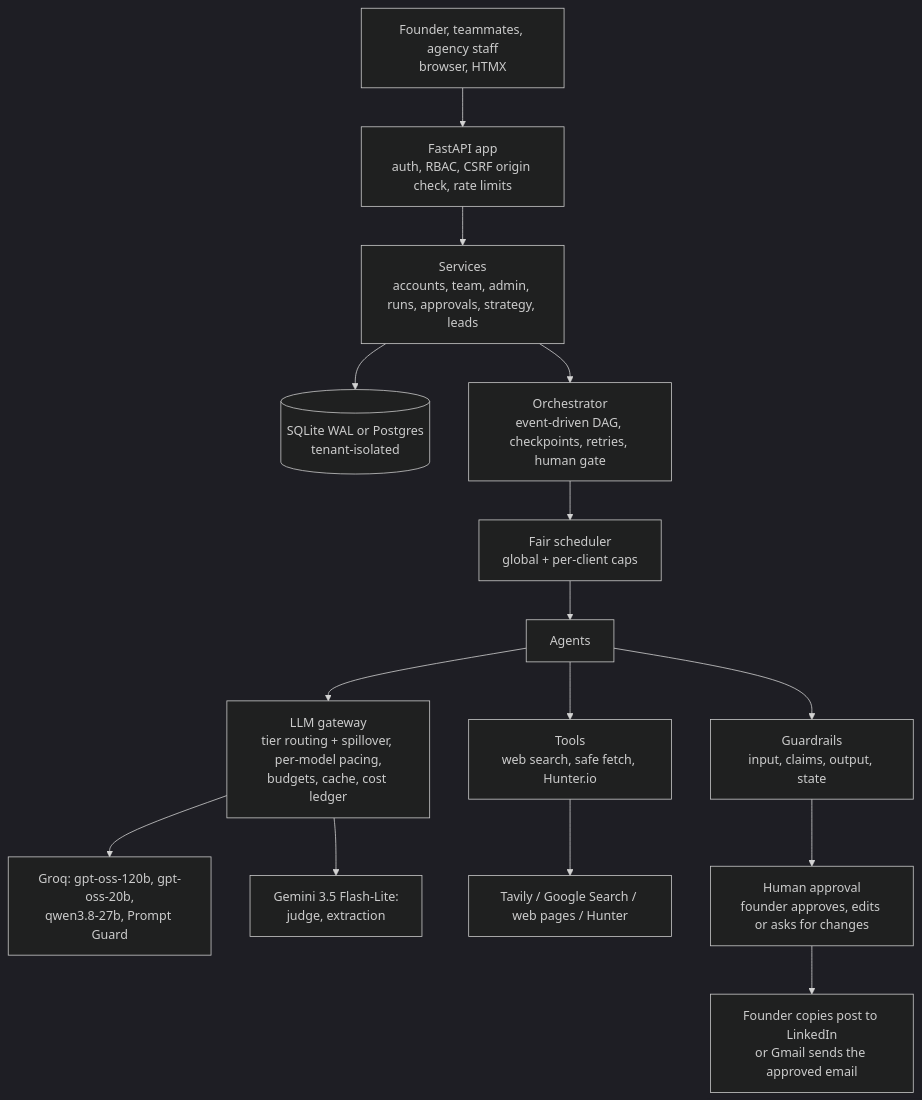
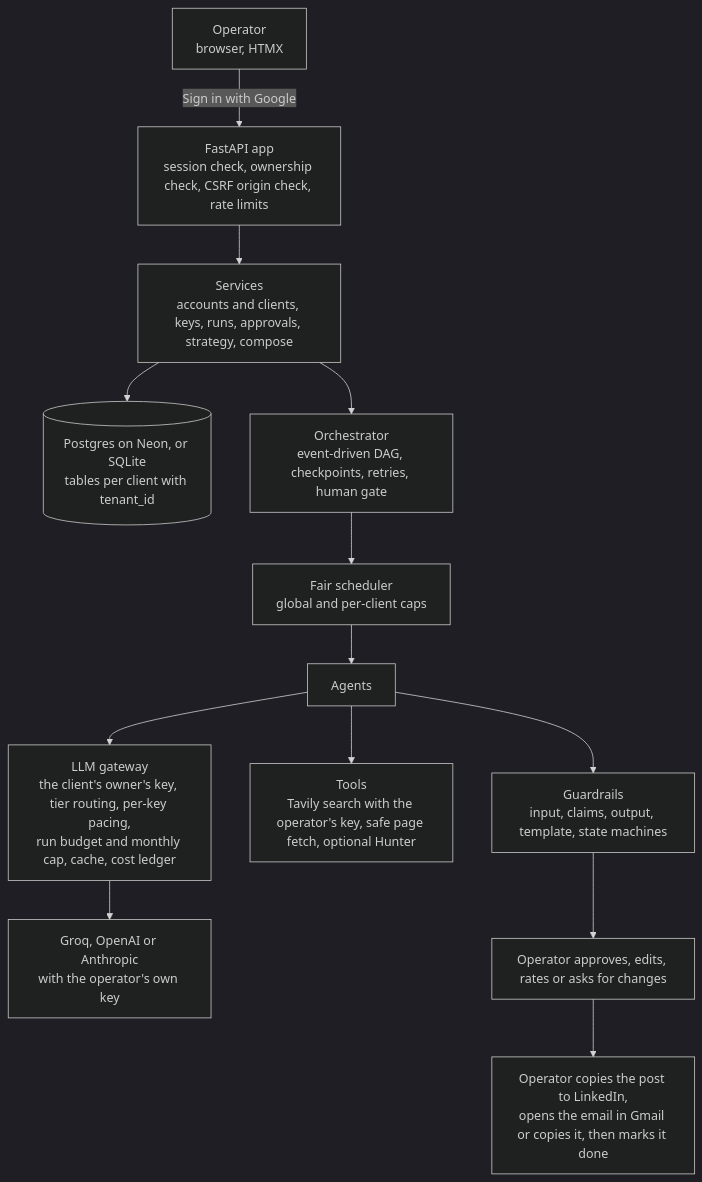
Before and after one commit to lokeshsuryawanshi/growthOS: the first of 7 diagrams in docs/ARCHITECTURE.md, drawn with Mermaid (dark theme). The commit also changed other lines of this file and 3 other files, not shown here.

First line of the commit message:
Leads: real company names, staff not testimonials, senior roles only; architecture and deploy docs

````diff
--- a/docs/ARCHITECTURE.md
+++ b/docs/ARCHITECTURE.md
@@ -7,17 +9,15 @@
 ```mermaid
 flowchart TB
-  U[Founder, teammates, agency staff<br/>browser, HTMX] --> W[FastAPI app<br/>auth, RBAC, CSRF origin check, rate limits]
-  W --> SVC[Services<br/>accounts, team, admin, runs, approvals, strategy, leads]
-  SVC --> DB[(SQLite WAL or Postgres<br/>tenant-isolated)]
+  OP[Operator<br/>browser, HTMX] -->|Sign in with Google| W[FastAPI app<br/>session check, ownership check, CSRF origin check, rate limits]
+  W --> SVC[Services<br/>accounts and clients, keys, runs, approvals, strategy, compose]
+  SVC --> DB[(Postgres on Neon, or SQLite<br/>tables per client with tenant_id)]
   SVC --> ORCH[Orchestrator<br/>event-driven DAG, checkpoints, retries, human gate]
-  ORCH --> SCH[Fair scheduler<br/>global + per-client caps]
+  ORCH --> SCH[Fair scheduler<br/>global and per-client caps]
   SCH --> AG[Agents]
-  AG --> GW[LLM gateway<br/>tier routing + spillover, per-model pacing,<br/>budgets, cache, cost ledger]
-  GW --> M1[Groq: gpt-oss-120b, gpt-oss-20b,<br/>qwen3.8-27b, Prompt Guard]
-  GW --> M2[Gemini 3.5 Flash-Lite:<br/>judge, extraction]
-  AG --> TOOLS[Tools<br/>web search, safe fetch, Hunter.io]
-  TOOLS --> EXT[Tavily / Google Search / web pages / Hunter]
-  AG --> GR[Guardrails<br/>input, claims, output, state]
-  GR --> HUM[Human approval<br/>founder approves, edits or asks for changes]
-  HUM --> OUT[Founder copies post to LinkedIn<br/>or Gmail sends the approved email]
+  AG --> GW[LLM gateway<br/>the client's owner's key, tier routing, per-key pacing,<br/>run budget and monthly cap, cache, cost ledger]
+  GW --> M[Groq, OpenAI or Anthropic<br/>with the operator's own key]
+  AG --> TOOLS[Tools<br/>Tavily search with the operator's key, safe page fetch, optional Hunter]
+  AG --> GR[Guardrails<br/>input, claims, output, template, state machines]
+  GR --> HUM[Operator approves, edits, rates or asks for changes]
+  HUM --> OUT[Operator copies the post to LinkedIn,<br/>opens the email in Gmail or copies it, then marks it done]
 ```
````
